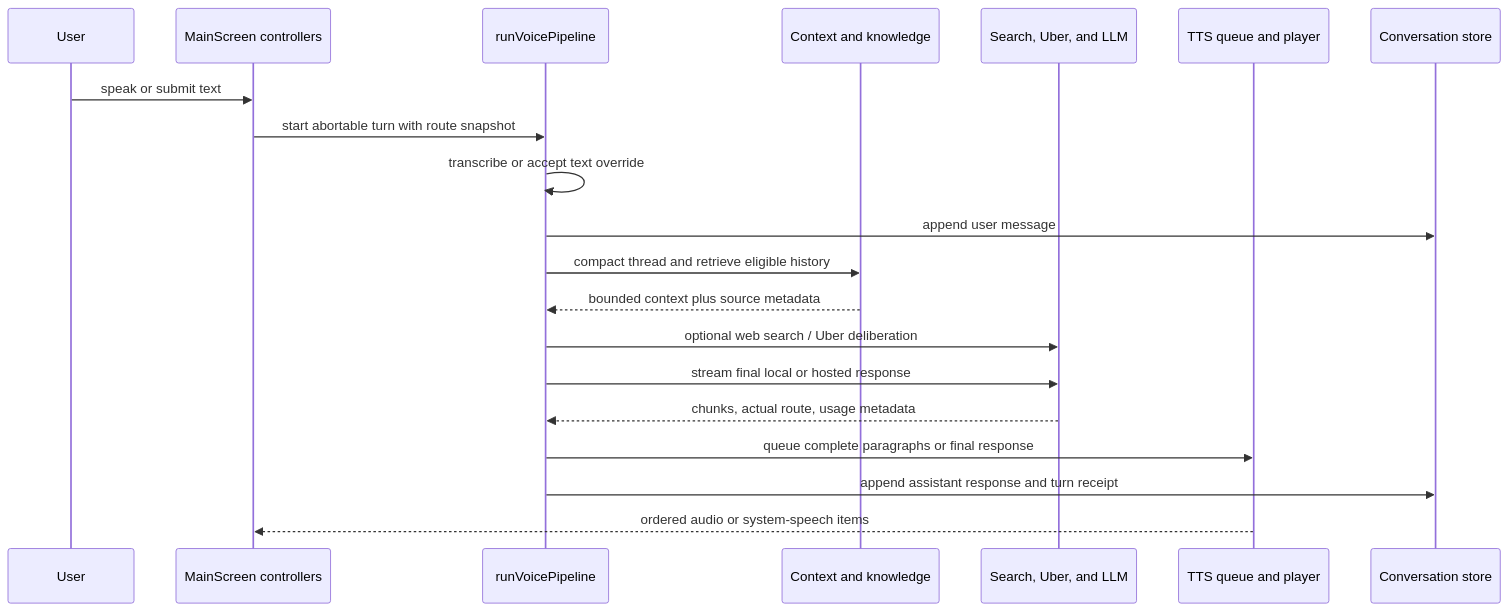
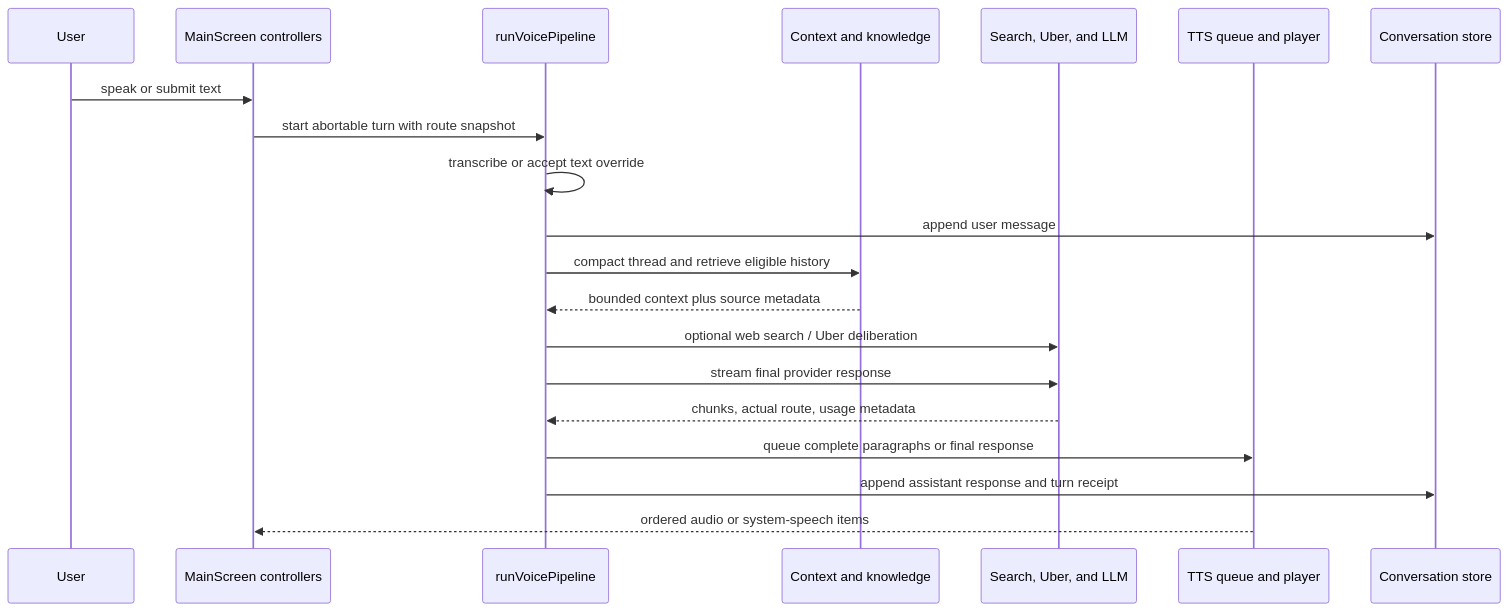
Before and after one commit to hurrtz/mrbroccoli: the second of 4 diagrams in DESIGN.md, drawn with Mermaid. The commit also changed other lines of this file and 325 other files, not shown here.

````diff
--- a/DESIGN.md
+++ b/DESIGN.md
@@ -125,23 +98,23 @@
 ```mermaid
 sequenceDiagram
     participant User
     participant Screen as MainScreen controllers
     participant Pipeline as runVoicePipeline
     participant Context as Context and knowledge
     participant Intelligence as Search, Uber, and LLM
     participant Speech as TTS queue and player
     participant Store as Conversation store
 
     User->>Screen: speak or submit text
     Screen->>Pipeline: start abortable turn with route snapshot
     Pipeline->>Pipeline: transcribe or accept text override
     Pipeline->>Store: append user message
     Pipeline->>Context: compact thread and retrieve eligible history
     Context-->>Pipeline: bounded context plus source metadata
     Pipeline->>Intelligence: optional web search / Uber deliberation
-    Pipeline->>Intelligence: stream final local or hosted response
+    Pipeline->>Intelligence: stream final provider response
     Intelligence-->>Pipeline: chunks, actual route, usage metadata
     Pipeline->>Speech: queue complete paragraphs or final response
     Pipeline->>Store: append assistant response and turn receipt
     Speech-->>Screen: ordered audio or system-speech items
 ```
````
